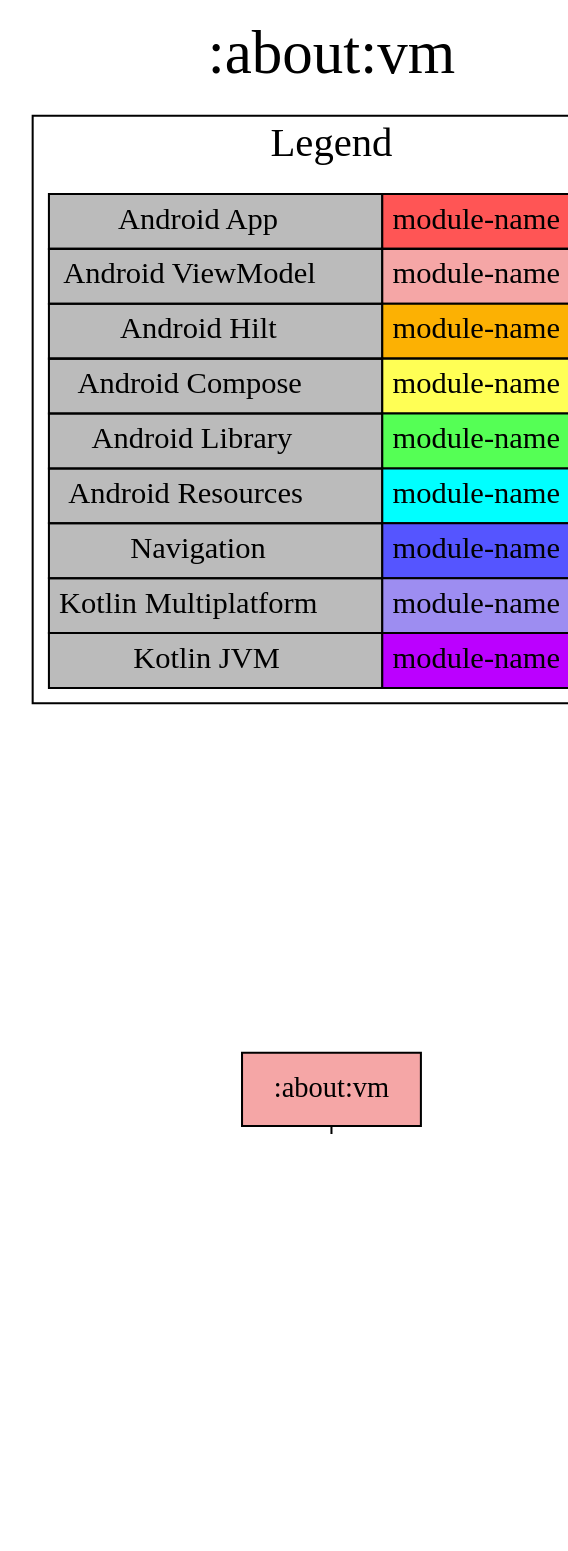
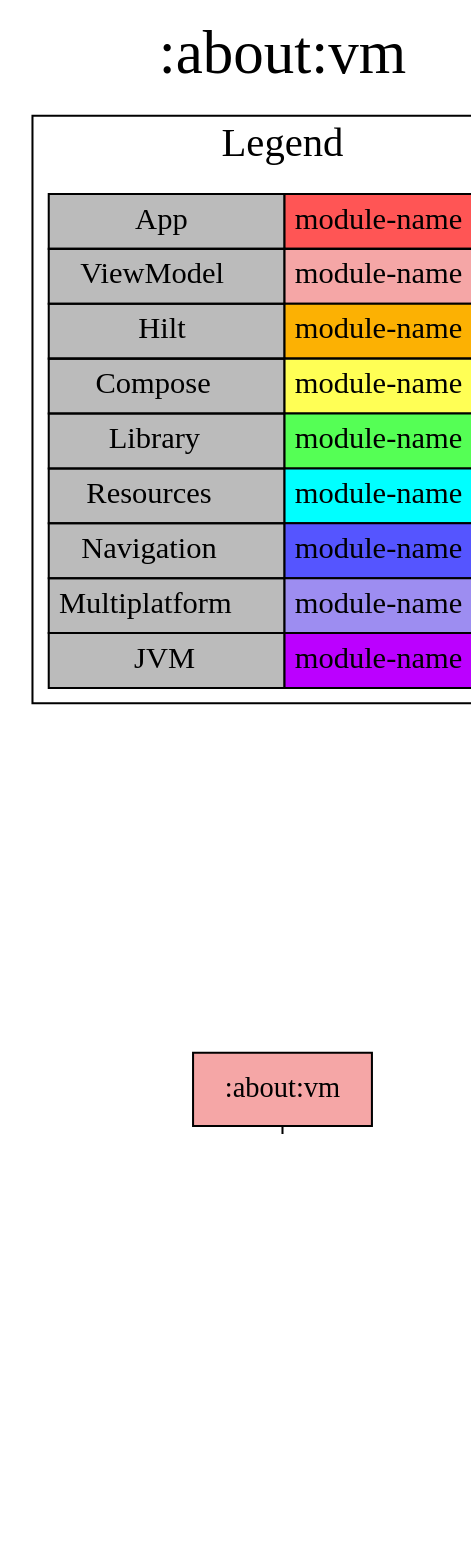
One commit to jonapoul/nasa-android changed the diagram in modules/about/vm/project-dependency-graph.dot. Above: the diagram before and after it, drawn with Graphviz. The commit also changed 236 other files, not shown here.

```diff
--- a/modules/about/vm/project-dependency-graph.dot
+++ b/modules/about/vm/project-dependency-graph.dot
@@ -1,29 +1,29 @@
 digraph {
 edge ["dir"="forward"]
 graph ["dpi"="100","label"=":about:vm","labelloc"="t","fontsize"="30","ranksep"="2.5","rankdir"="TB"]
 node ["style"="filled"]
 ":about:vm" ["fillcolor"="#F5A6A6","shape"="box"]
-":about:data" ["fillcolor"="#BB00FF","shape"="box"]
+":about:data" ["fillcolor"="#9D8DF1","shape"="box"]
 {
 edge ["dir"="none"]
 graph ["rank"="same"]
 }
 ":about:vm" -> ":about:data"
 subgraph "cluster_legend" {
 edge ["dir"="none"]
 graph ["label"="Legend","fontsize"="20"]
 "Legend" ["style"="filled","fillcolor"="#bbbbbb","shape"="none","margin"="0","fontsize"="15","label"=<
 <TABLE BORDER="0" CELLBORDER="1" CELLSPACING="0" CELLPADDING="4">
-<TR><TD>Android App</TD><TD BGCOLOR="#FF5555">module-name</TD></TR>
-<TR><TD>Android ViewModel</TD><TD BGCOLOR="#F5A6A6">module-name</TD></TR>
-<TR><TD>Android Hilt</TD><TD BGCOLOR="#FCB103">module-name</TD></TR>
-<TR><TD>Android Compose</TD><TD BGCOLOR="#FFFF55">module-name</TD></TR>
-<TR><TD>Android Library</TD><TD BGCOLOR="#55FF55">module-name</TD></TR>
-<TR><TD>Android Resources</TD><TD BGCOLOR="#00FFFF">module-name</TD></TR>
+<TR><TD>App</TD><TD BGCOLOR="#FF5555">module-name</TD></TR>
+<TR><TD>ViewModel</TD><TD BGCOLOR="#F5A6A6">module-name</TD></TR>
+<TR><TD>Hilt</TD><TD BGCOLOR="#FCB103">module-name</TD></TR>
+<TR><TD>Compose</TD><TD BGCOLOR="#FFFF55">module-name</TD></TR>
+<TR><TD>Library</TD><TD BGCOLOR="#55FF55">module-name</TD></TR>
+<TR><TD>Resources</TD><TD BGCOLOR="#00FFFF">module-name</TD></TR>
 <TR><TD>Navigation</TD><TD BGCOLOR="#5555FF">module-name</TD></TR>
-<TR><TD>Kotlin Multiplatform</TD><TD BGCOLOR="#9D8DF1">module-name</TD></TR>
-<TR><TD>Kotlin JVM</TD><TD BGCOLOR="#BB00FF">module-name</TD></TR>
+<TR><TD>Multiplatform</TD><TD BGCOLOR="#9D8DF1">module-name</TD></TR>
+<TR><TD>JVM</TD><TD BGCOLOR="#BB00FF">module-name</TD></TR>
 </TABLE>
 >]
 } -> ":about:vm" ["style"="invis"]
 }
```
